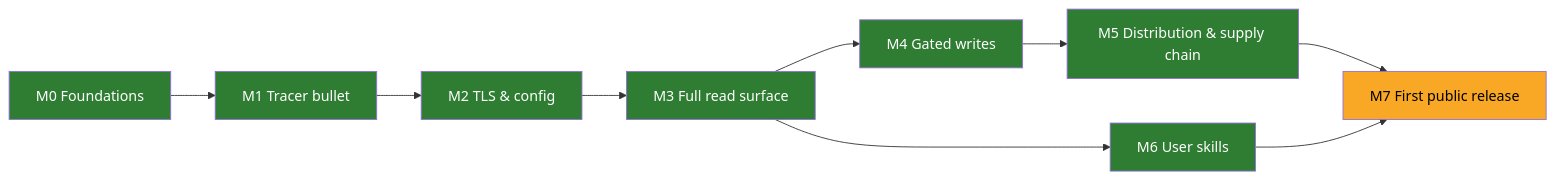
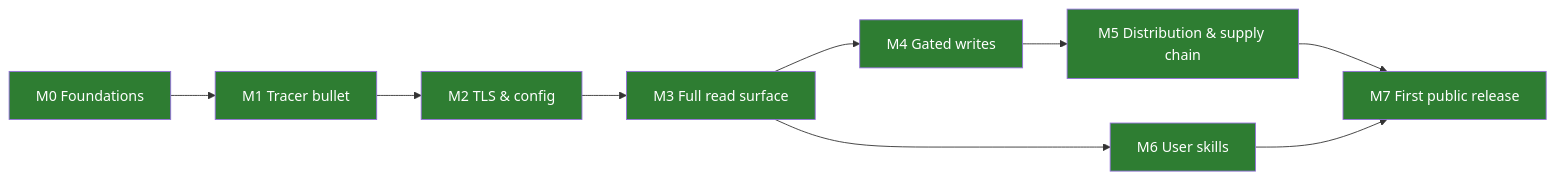
Before and after one commit to rodrigorjsf/langfuse-api-mcp: the diagram in ROADMAP.md, drawn with Mermaid. The commit also changed other lines of this file, not shown here.

Commit message:
docs(roadmap): mark M7 done
v0.1.0 is released and every M7 issue is closed; #128 and #129 were
closed without their host proofs by the maintainer's decision, and the
row says so.

Claude-Session: https://claude.ai/code/session_01Cn8gHfKCJQZMMQDW7bnbXK

````diff
--- a/ROADMAP.md
+++ b/ROADMAP.md
@@ -5,15 +5,14 @@
 ```mermaid
 flowchart LR
   M0[M0 Foundations] --> M1[M1 Tracer bullet]
   M1 --> M2[M2 TLS & config]
   M2 --> M3[M3 Full read surface]
   M3 --> M4[M4 Gated writes]
   M4 --> M5[M5 Distribution & supply chain]
   M3 --> M6[M6 User skills]
   M5 --> M7[M7 First public release]
   M6 --> M7
   classDef done fill:#2e7d32,color:#fff;
   classDef next fill:#f9a825,color:#000;
-  class M0,M1,M2,M3,M4,M5,M6 done;
-  class M7 next;
+  class M0,M1,M2,M3,M4,M5,M6,M7 done;
 ```
````
